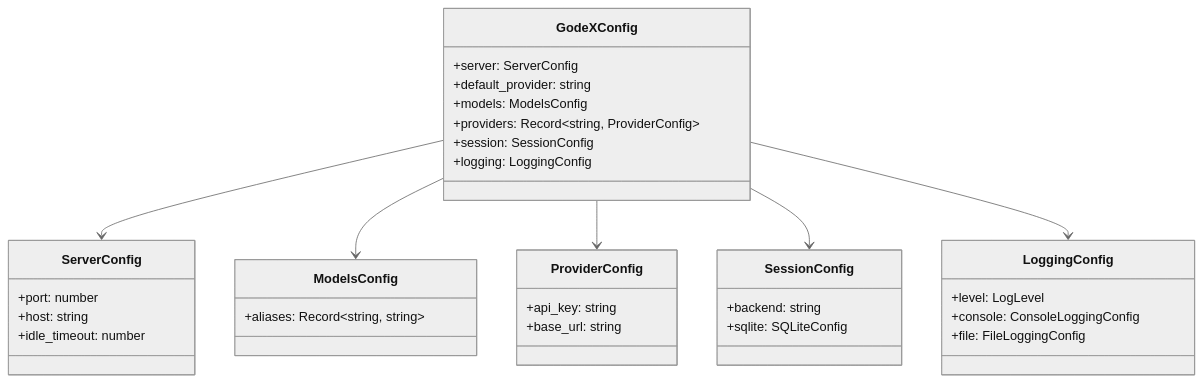
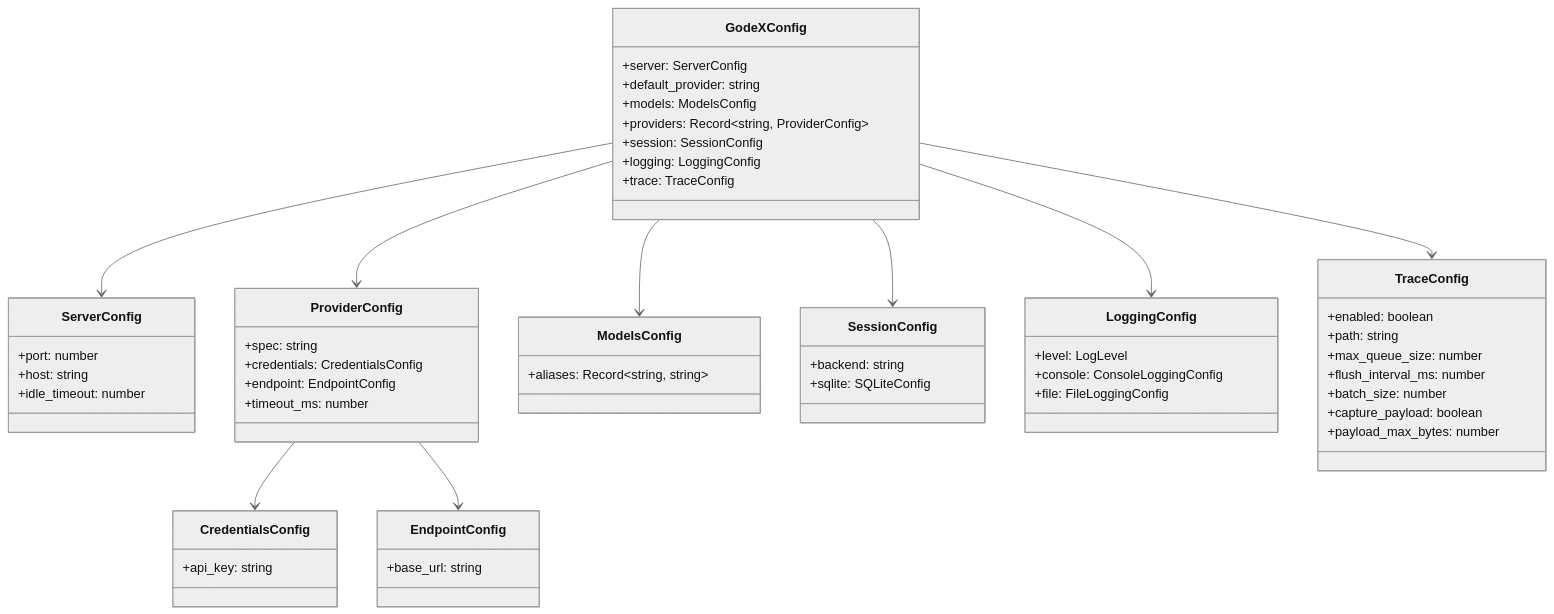
The diagram in wiki/07-configuration/config-schema.md (zamelee/GodeX), drawn with Mermaid (neutral theme) before and after one commit. The commit also changed other lines of this file and 46 other files, not shown here.

````diff
--- a/wiki/07-configuration/config-schema.md
+++ b/wiki/07-configuration/config-schema.md
@@ -52,45 +74,69 @@
 ```mermaid
 classDiagram
   direction TB
 
   class GodeXConfig {
     +server: ServerConfig
     +default_provider: string
     +models: ModelsConfig
     +providers: Record~string, ProviderConfig~
     +session: SessionConfig
     +logging: LoggingConfig
+    +trace: TraceConfig
   }
 
   class ServerConfig {
     +port: number
     +host: string
     +idle_timeout: number
   }
 
   class ProviderConfig {
+    +spec: string
+    +credentials: CredentialsConfig
+    +endpoint: EndpointConfig
+    +timeout_ms: number
+  }
+
+  class CredentialsConfig {
     +api_key: string
+  }
+
+  class EndpointConfig {
     +base_url: string
   }
 
   class ModelsConfig {
     +aliases: Record~string, string~
   }
 
   class SessionConfig {
     +backend: string
     +sqlite: SQLiteConfig
   }
 
   class LoggingConfig {
     +level: LogLevel
     +console: ConsoleLoggingConfig
     +file: FileLoggingConfig
   }
 
+  class TraceConfig {
+    +enabled: boolean
+    +path: string
+    +max_queue_size: number
+    +flush_interval_ms: number
+    +batch_size: number
+    +capture_payload: boolean
+    +payload_max_bytes: number
+  }
+
   GodeXConfig --> ServerConfig
   GodeXConfig --> ModelsConfig
   GodeXConfig --> ProviderConfig
   GodeXConfig --> SessionConfig
   GodeXConfig --> LoggingConfig
+  GodeXConfig --> TraceConfig
+  ProviderConfig --> CredentialsConfig
+  ProviderConfig --> EndpointConfig
 ```
````
